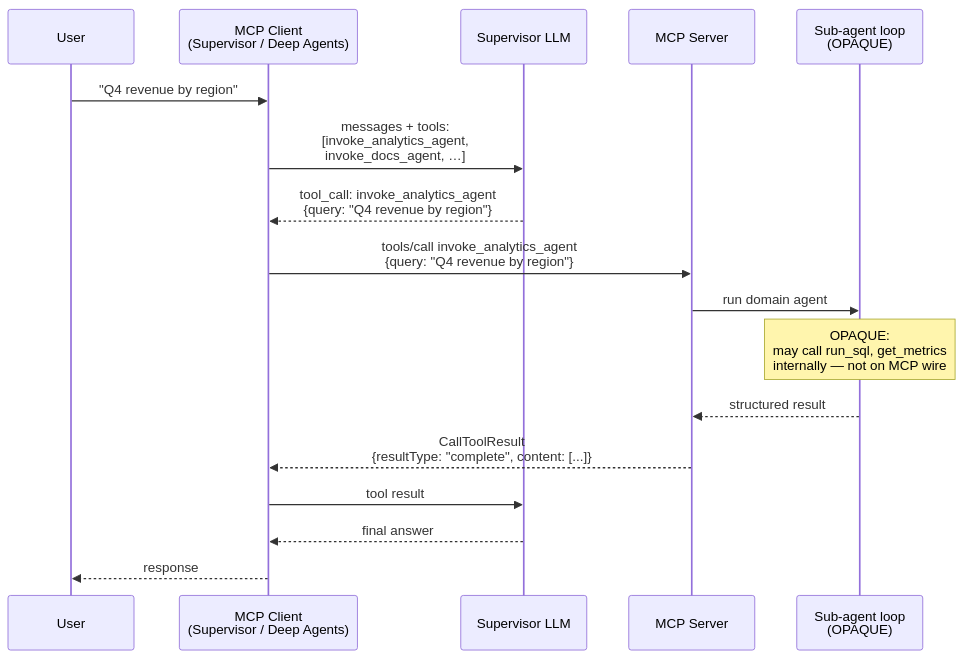
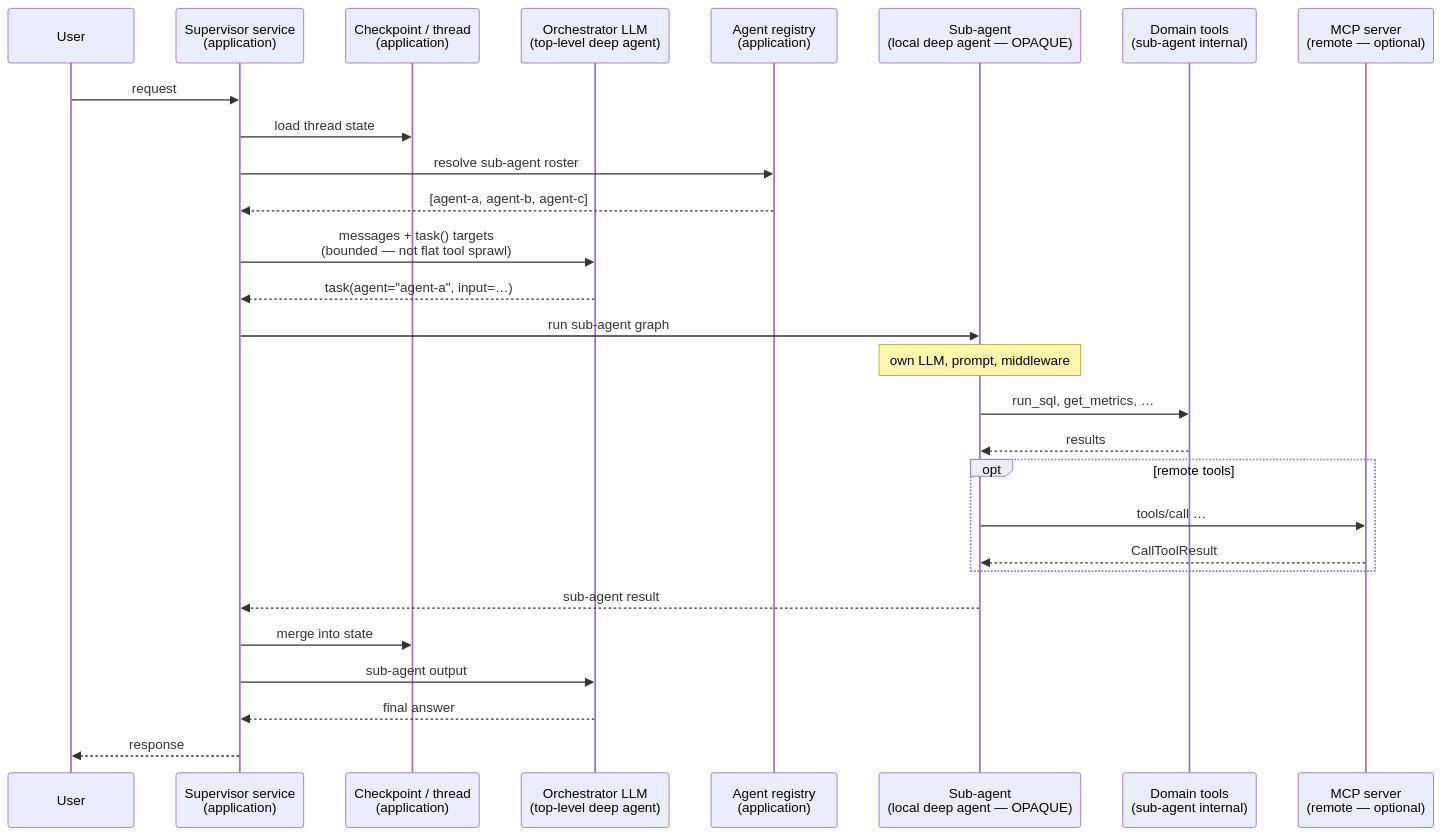
One commit to modelcontextprotocol/agents-wg changed the first of 3 diagrams in docs/research/deep_agent_mcp_analysis.md. Above: the diagram before and after it, drawn with Mermaid. The commit also changed other lines of this file, not shown here.

First line of the commit message:
Revise deep agent vs MCP analysis document

````diff
--- a/docs/research/deep_agent_mcp_analysis.md
+++ b/docs/research/deep_agent_mcp_analysis.md
@@ -104,23 +59,35 @@
 ```mermaid
 sequenceDiagram
     participant User
-    participant Sup as MCP Client<br/>(Supervisor / Deep Agents)
-    participant LLM as Supervisor LLM
-    participant Srv as MCP Server
-    participant Sub as Sub-agent loop<br/>(OPAQUE)
+    participant App as Supervisor service<br/>(application)
+    participant CK as Checkpoint / thread<br/>(application)
+    participant Orch as Orchestrator LLM<br/>(top-level deep agent)
+    participant Reg as Agent registry<br/>(application)
+    participant Sub as Sub-agent<br/>(local deep agent — OPAQUE)
+    participant Dom as Domain tools<br/>(sub-agent internal)
+    participant MCP as MCP server<br/>(remote — optional)
 
-    User->>Sup: "Q4 revenue by region"
-    Sup->>LLM: messages + tools:<br/>[invoke_analytics_agent,<br/>invoke_docs_agent, …]
-    LLM-->>Sup: tool_call: invoke_analytics_agent<br/>{query: "Q4 revenue by region"}
+    User->>App: request
+    App->>CK: load thread state
+    App->>Reg: resolve sub-agent roster
+    Reg-->>App: [agent-a, agent-b, agent-c]
 
-    Sup->>Srv: tools/call invoke_analytics_agent<br/>{query: "Q4 revenue by region"}
+    App->>Orch: messages + task() targets<br/>(bounded — not flat tool sprawl)
+    Orch-->>App: task(agent="agent-a", input=…)
 
-    Srv->>Sub: run domain agent
-    Note over Sub: OPAQUE:<br/>may call run_sql, get_metrics<br/>internally — not on MCP wire
-    Sub-->>Srv: structured result
+    App->>Sub: run sub-agent graph
+    Note over Sub: own LLM, prompt, middleware
+    Sub->>Dom: run_sql, get_metrics, …
+    Dom-->>Sub: results
 
-    Srv-->>Sup: CallToolResult<br/>{resultType: "complete", content: [...]}
-    Sup->>LLM: tool result
-    LLM-->>Sup: final answer
-    Sup-->>User: response
+    opt remote tools
+        Sub->>MCP: tools/call …
+        MCP-->>Sub: CallToolResult
+    end
+
+    Sub-->>App: sub-agent result
+    App->>CK: merge into state
+    App->>Orch: sub-agent output
+    Orch-->>App: final answer
+    App-->>User: response
 ```
````
